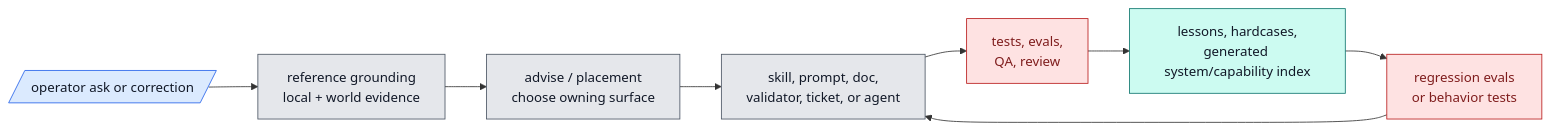
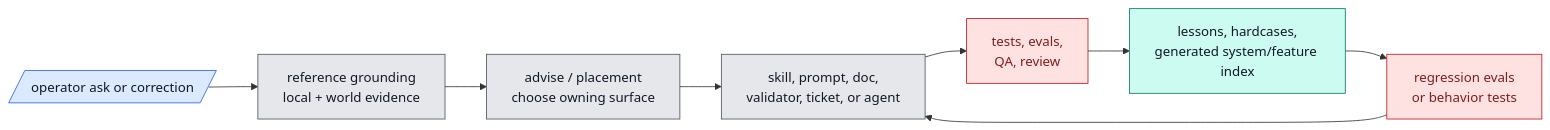
Before and after one commit to ZanarkandTechnologies/Farplane: the third of 3 diagrams in README.md, drawn with Mermaid. The commit also changed other lines of this file and 143 other files, not shown here.

````diff
--- a/README.md
+++ b/README.md
@@ -186,15 +186,15 @@
 ```mermaid
 flowchart LR
   classDef input fill:#dbeafe,stroke:#2563eb,color:#111827
   classDef surface fill:#e5e7eb,stroke:#4b5563,color:#111827
   classDef proof fill:#fee2e2,stroke:#b91c1c,color:#7f1d1d
   classDef learn fill:#ccfbf1,stroke:#0f766e,color:#111827
 
   ask[/operator ask or correction/]:::input --> ground["reference grounding<br/>local + world evidence"]:::surface
   ground --> decide["advise / placement<br/>choose owning surface"]:::surface
   decide --> change["skill, prompt, doc,<br/>validator, ticket, or agent"]:::surface
   change --> verify["tests, evals,<br/>QA, review"]:::proof
-  verify --> capture["lessons, hardcases,<br/>generated system/capability index"]:::learn
+  verify --> capture["lessons, hardcases,<br/>generated system/feature index"]:::learn
   capture --> evals["regression evals<br/>or behavior tests"]:::proof
   evals --> change
 ```
````
